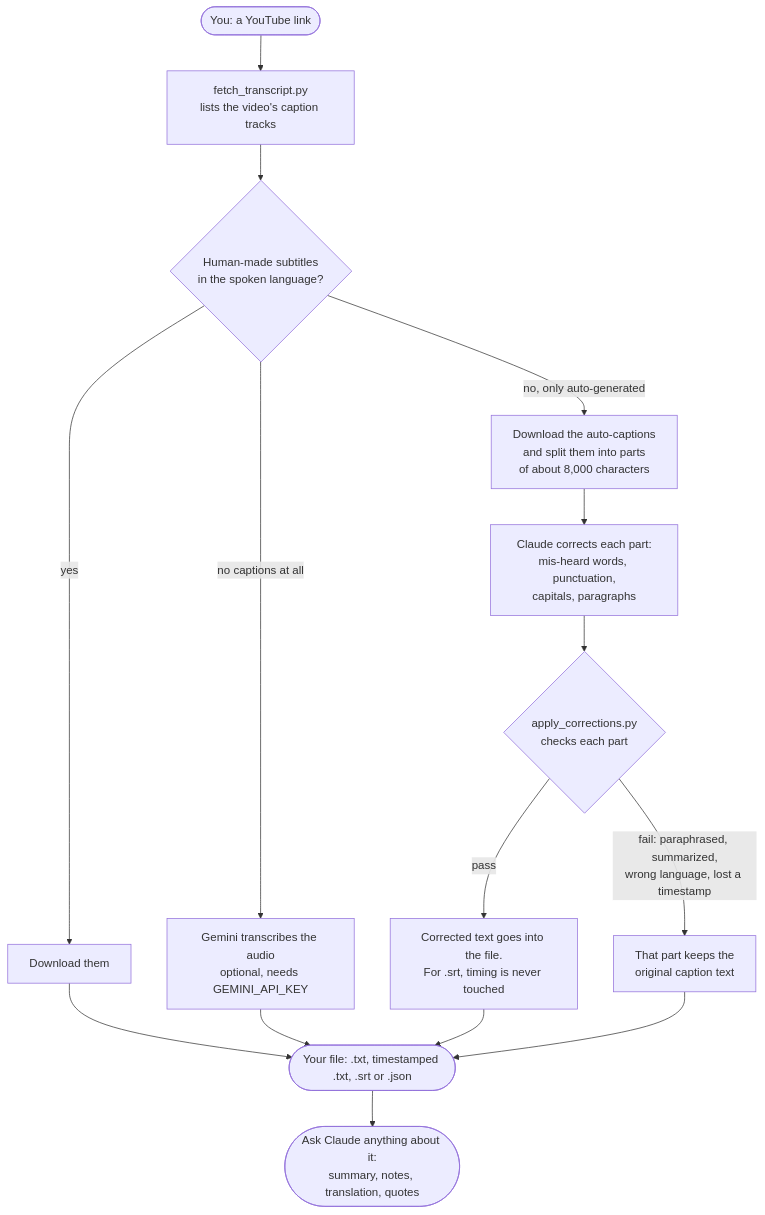
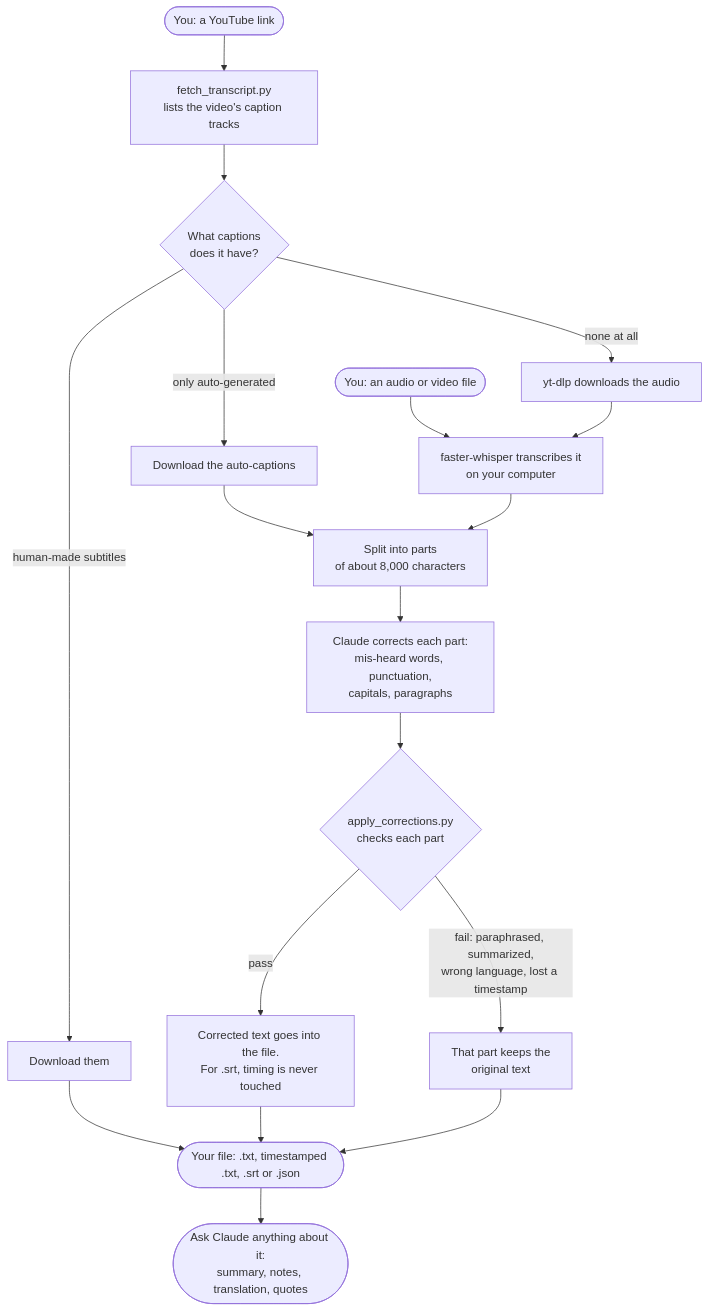
One commit to enderphan94/youtube-skills changed the diagram in README.md. Above: the diagram before and after it, drawn with Mermaid. The commit also changed other lines of this file and 6 other files, not shown here.

First line of the commit message:
Transcribe caption-less videos locally with Whisper

````diff
--- a/README.md
+++ b/README.md
@@ -74,20 +90,23 @@
 ```mermaid
 flowchart TD
     U([You: a YouTube link]) --> F[fetch_transcript.py<br/>lists the video's caption tracks]
-    F --> Q{Human-made subtitles<br/>in the spoken language?}
+    F --> Q{What captions<br/>does it have?}
 
-    Q -- yes --> H[Download them]
-    Q -- "no, only auto-generated" --> A[Download the auto-captions<br/>and split them into parts<br/>of about 8,000 characters]
-    Q -- "no captions at all" --> G[Gemini transcribes the audio<br/>optional, needs GEMINI_API_KEY]
+    Q -- "human-made subtitles" --> H[Download them]
+    Q -- "only auto-generated" --> A[Download the auto-captions]
+    Q -- "none at all" --> D[yt-dlp downloads the audio]
+    L([You: an audio or video file]) --> W
+    D --> W[faster-whisper transcribes it<br/>on your computer]
 
-    A --> C[Claude corrects each part:<br/>mis-heard words, punctuation,<br/>capitals, paragraphs]
+    A --> P[Split into parts<br/>of about 8,000 characters]
+    W --> P
+    P --> C[Claude corrects each part:<br/>mis-heard words, punctuation,<br/>capitals, paragraphs]
     C --> V{apply_corrections.py<br/>checks each part}
     V -- "pass" --> M[Corrected text goes into the file.<br/>For .srt, timing is never touched]
-    V -- "fail: paraphrased, summarized,<br/>wrong language, lost a timestamp" --> K[That part keeps the<br/>original caption text]
+    V -- "fail: paraphrased, summarized,<br/>wrong language, lost a timestamp" --> K[That part keeps the<br/>original text]
 
     H --> O([Your file: .txt, timestamped .txt, .srt or .json])
-    G --> O
     M --> O
     K --> O
     O --> N([Ask Claude anything about it:<br/>summary, notes, translation, quotes])
 ```
````
